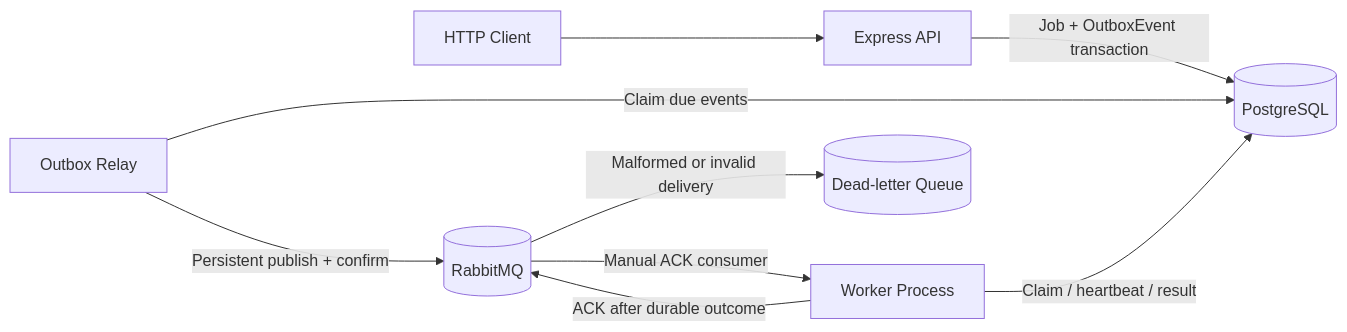
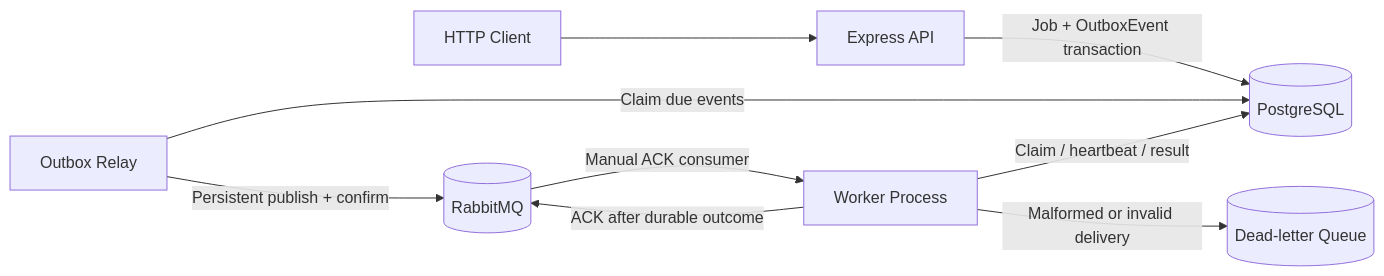
The first of 3 diagrams in docs/architecture.md (ShivangSingh28/flowforge), drawn with Mermaid before and after one commit.

Commit message:
docs: correct dead-letter flow in architecture diagram

````diff
--- a/docs/architecture.md
+++ b/docs/architecture.md
@@ -7,11 +7,11 @@
 ```mermaid
 flowchart LR
     Client[HTTP Client] --> API[Express API]
     API -->|Job + OutboxEvent transaction| DB[(PostgreSQL)]
     Relay[Outbox Relay] -->|Claim due events| DB
     Relay -->|Persistent publish + confirm| MQ[(RabbitMQ)]
     MQ -->|Manual ACK consumer| Worker[Worker Process]
     Worker -->|Claim / heartbeat / result| DB
     Worker -->|ACK after durable outcome| MQ
-    MQ -->|Malformed or invalid delivery| DLQ[(Dead-letter Queue)]
+    Worker -->|Malformed or invalid delivery| DLQ[(Dead-letter Queue)]
 ```
````
